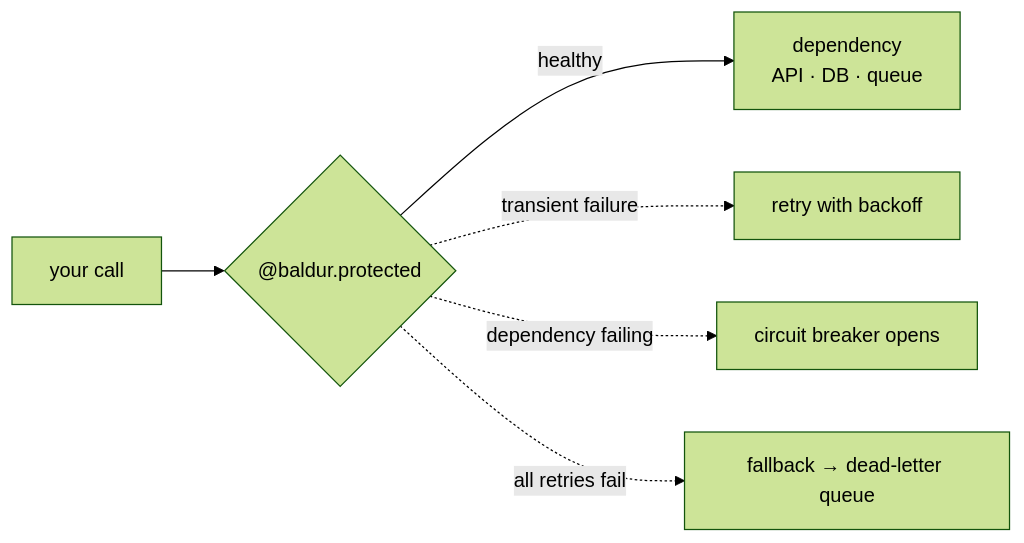
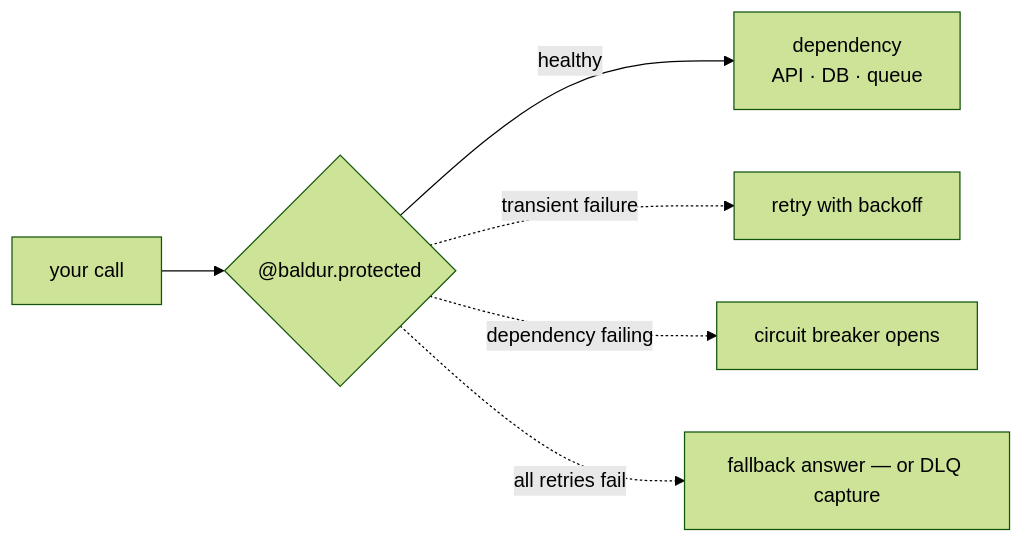
The diagram in docs/concepts/foundations/self-healing.md (baldurhq/baldur), drawn with Mermaid (forest theme) before and after one commit. The commit also changed other lines of this file, not shown here.

First line of the commit message:
docs(self-healing): a served fallback is final - nothing is captured for replay

````diff
--- a/docs/concepts/foundations/self-healing.md
+++ b/docs/concepts/foundations/self-healing.md
@@ -75,8 +79,8 @@
 ```mermaid
 flowchart LR
     A["your call"] --> B{"@baldur.protected"}
     B -->|"healthy"| C["dependency<br/>API · DB · queue"]
     B -. "transient failure" .-> D["retry with backoff"]
     B -. "dependency failing" .-> E["circuit breaker opens"]
-    B -. "all retries fail" .-> F["fallback → dead-letter queue"]
+    B -. "all retries fail" .-> F["fallback answer — or DLQ capture"]
 ```
````
